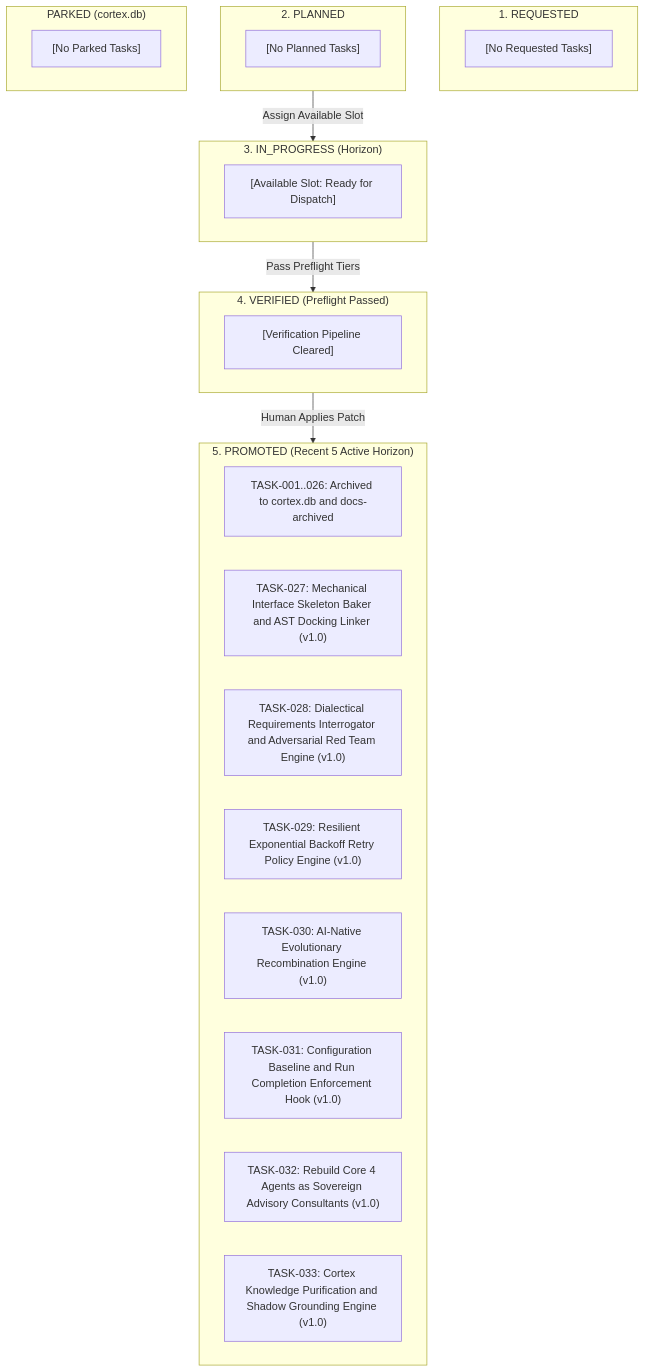
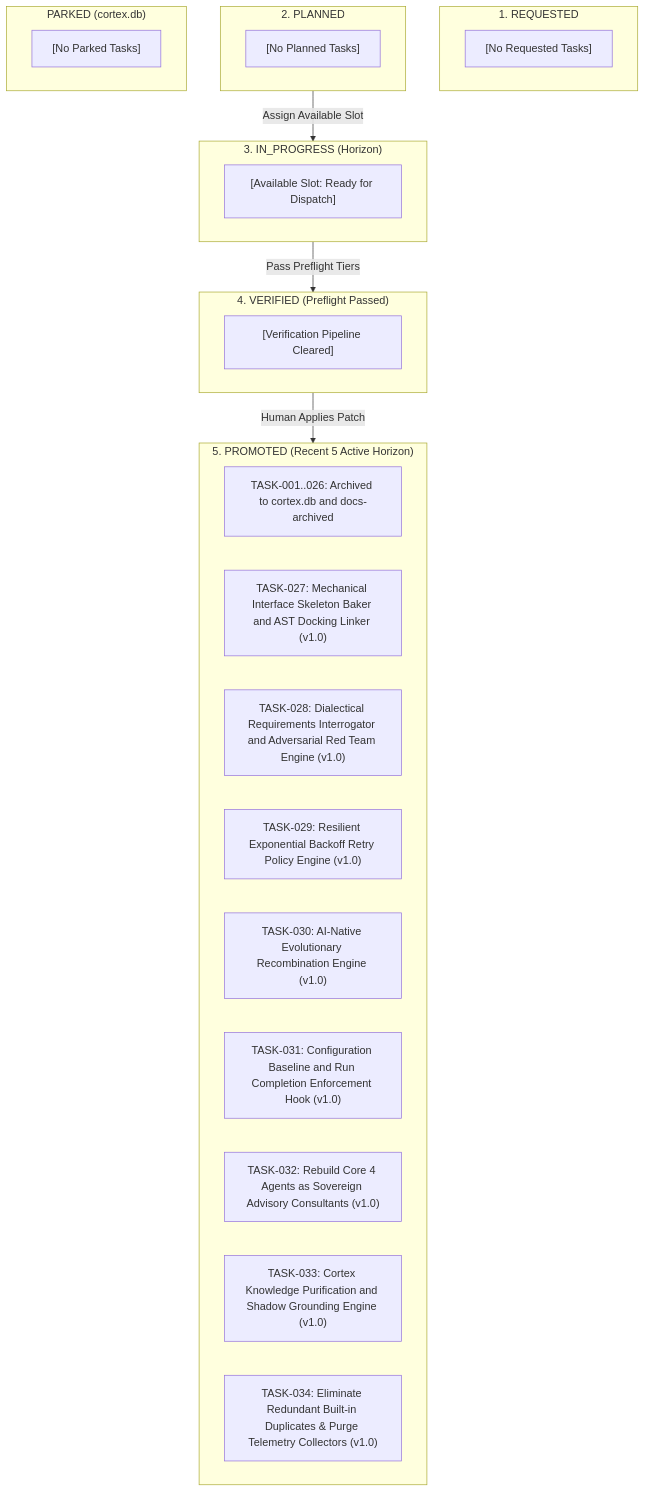
One commit to jinseobhong/antigravity-autopoiesis changed the third of 4 diagrams in docs/active/CURRENT_STATE.md. Above: the diagram before and after it, drawn with Mermaid. The commit also changed other lines of this file and 11 other files, not shown here.

Commit message:
refactor(parsimony): purge redundant grill-me skill, ACTIVE_CONTRACT, and telemetry collectors (TASK-034)

````diff
--- a/docs/active/CURRENT_STATE.md
+++ b/docs/active/CURRENT_STATE.md
@@ -122,37 +122,38 @@
 ```mermaid
 flowchart TD
     subgraph ColRequested ["1. REQUESTED"]
         REQ_100["[No Requested Tasks]"]
     end
 
     subgraph ColPlanned ["2. PLANNED"]
         PLN_100["[No Planned Tasks]"]
     end
 
     subgraph ColParked ["PARKED (cortex.db)"]
         PRK_100["[No Parked Tasks]"]
     end
 
     subgraph ColActive ["3. IN_PROGRESS (Horizon)"]
         ACT_100["[Available Slot: Ready for Dispatch]"]
     end
 
     subgraph ColVerified ["4. VERIFIED (Preflight Passed)"]
         VER_100["[Verification Pipeline Cleared]"]
     end
 
     subgraph ColPromoted ["5. PROMOTED (Recent 5 Active Horizon)"]
         PRM_ARCH["TASK-001..026: Archived to cortex.db and docs-archived"]
         PRM_127["TASK-027: Mechanical Interface Skeleton Baker and AST Docking Linker (v1.0)"]
         PRM_128["TASK-028: Dialectical Requirements Interrogator and Adversarial Red Team Engine (v1.0)"]
         PRM_129["TASK-029: Resilient Exponential Backoff Retry Policy Engine (v1.0)"]
         PRM_130["TASK-030: AI-Native Evolutionary Recombination Engine (v1.0)"]
         PRM_131["TASK-031: Configuration Baseline and Run Completion Enforcement Hook (v1.0)"]
         PRM_132["TASK-032: Rebuild Core 4 Agents as Sovereign Advisory Consultants (v1.0)"]
         PRM_133["TASK-033: Cortex Knowledge Purification and Shadow Grounding Engine (v1.0)"]
+        PRM_134["TASK-034: Eliminate Redundant Built-in Duplicates & Purge Telemetry Collectors (v1.0)"]
     end
 
     ColPlanned -->|"Assign Available Slot"| ColActive
     ColActive -->|"Pass Preflight Tiers"| ColVerified
     ColVerified -->|"Human Applies Patch"| ColPromoted
 ```
````
